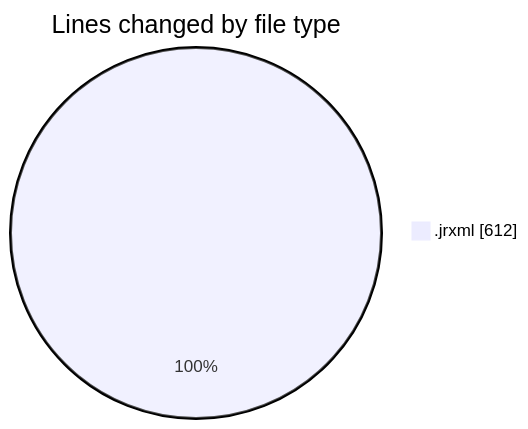
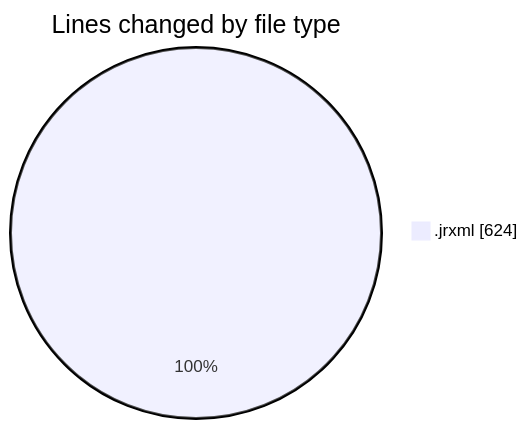
The first of 2 diagrams in 2026-10-27/cilreports__workspace_/README.md (ricardozamudiocil/code-tracking), drawn with Mermaid before and after one commit. The commit also changed other lines of this file and 1 other file, not shown here.

````diff
--- a/2026-10-27/cilreports__workspace_/README.md
+++ b/2026-10-27/cilreports__workspace_/README.md
@@ -21,5 +21,5 @@
 ```mermaid
 pie showData
 title Lines changed by file type
-".jrxml" : 612
+".jrxml" : 624
 ```
````
